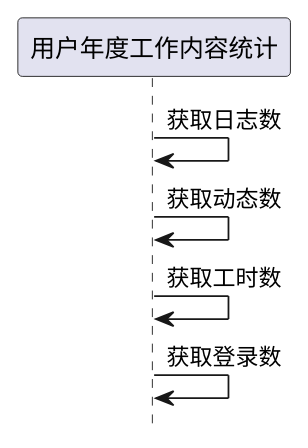
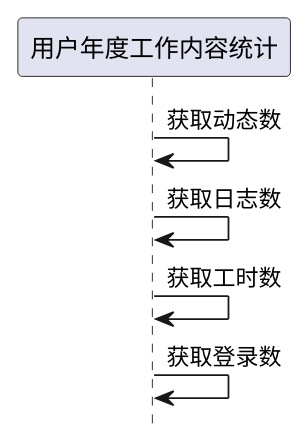
One commit to goblinln/iBizPMS changed the first of 5 diagrams in ibizpms-docs/src/main/doc/v1/module/ibiz/UserYearWorkStats_old.md. Above: the diagram before and after it, drawn with PlantUML. The commit also changed other lines of this file and 230 other files, not shown here.

```diff
--- a/ibizpms-docs/src/main/doc/v1/module/ibiz/UserYearWorkStats_old.md
+++ b/ibizpms-docs/src/main/doc/v1/module/ibiz/UserYearWorkStats_old.md
@@ -143,8 +143,8 @@
 {% plantuml %}
 hide footbox
 
+用户年度工作内容统计 -> 用户年度工作内容统计: 获取动态数
 用户年度工作内容统计 -> 用户年度工作内容统计: 获取日志数
-用户年度工作内容统计 -> 用户年度工作内容统计: 获取动态数
 用户年度工作内容统计 -> 用户年度工作内容统计: 获取工时数
 用户年度工作内容统计 -> 用户年度工作内容统计: 获取登录数
 {% endplantuml %}
```
